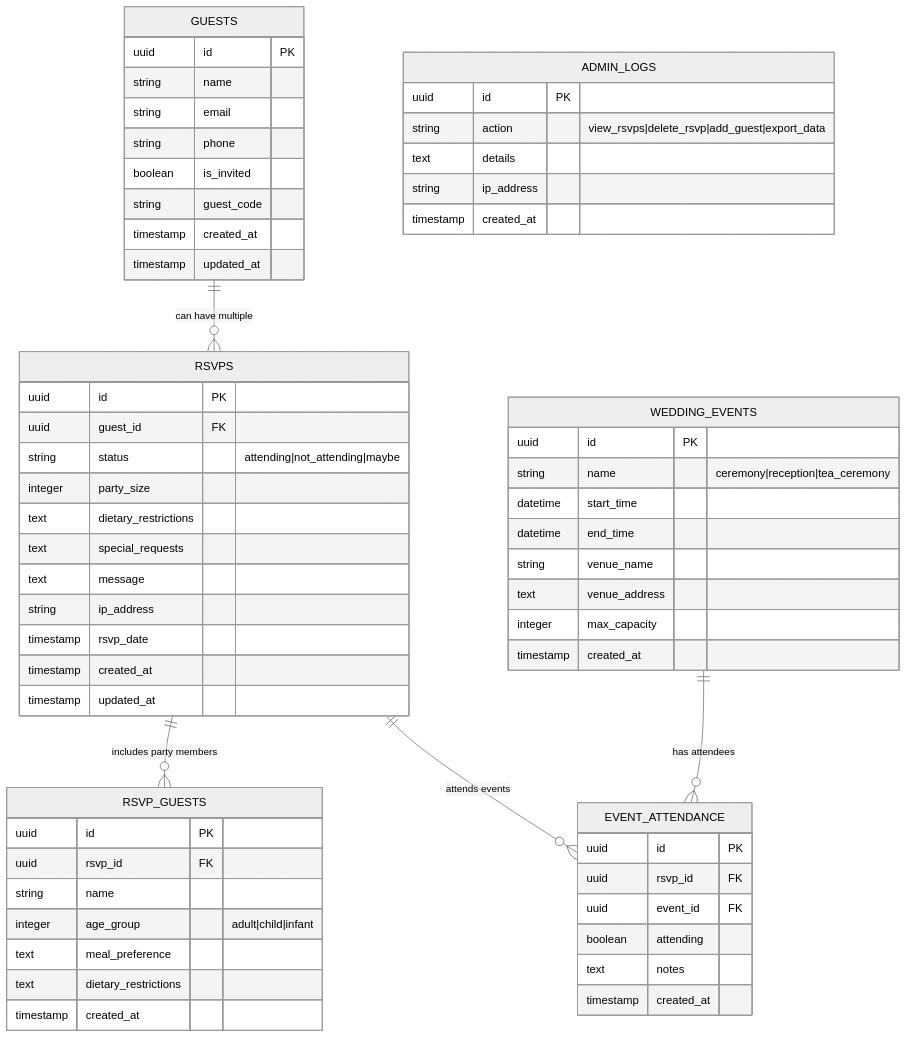
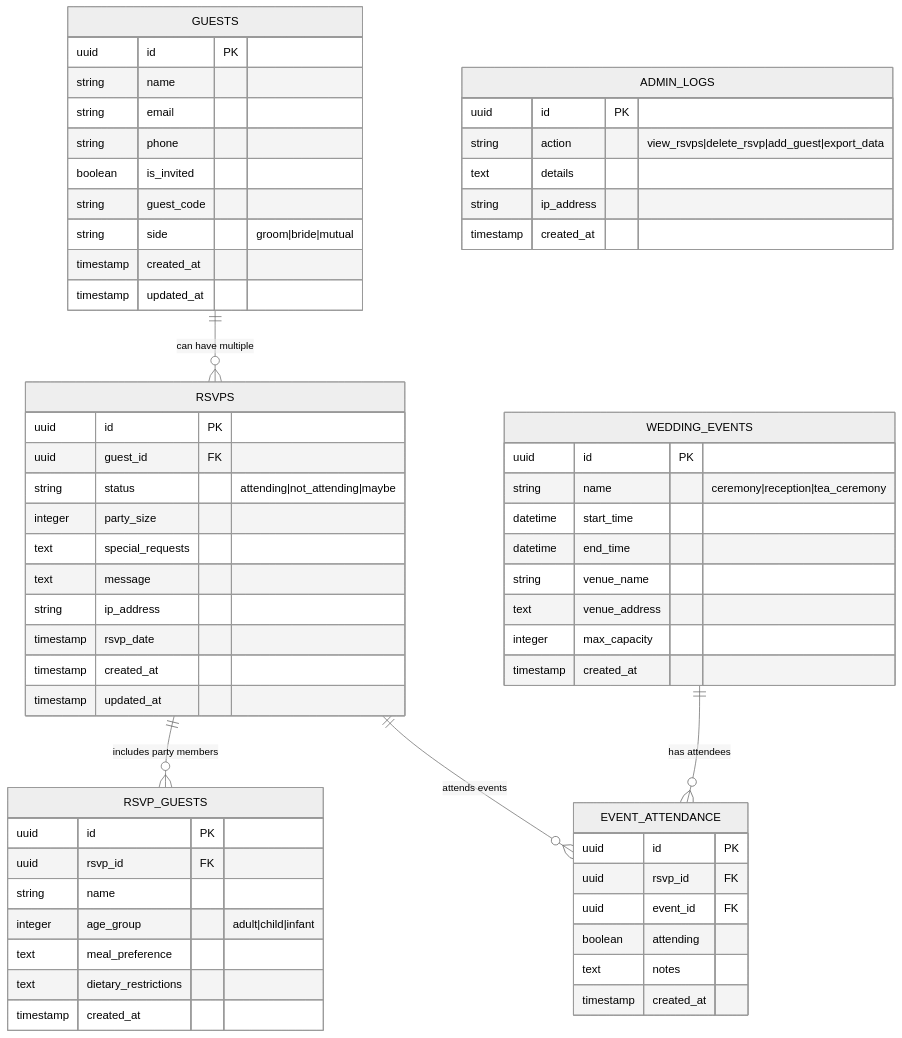
The diagram in DATABASE_SETUP_GUIDE.md (paulminhdai/minh-dai-wedding), drawn with Mermaid (neutral theme) before and after one commit. The commit also changed other lines of this file and 18 other files, not shown here.

````diff
--- a/DATABASE_SETUP_GUIDE.md
+++ b/DATABASE_SETUP_GUIDE.md
@@ -142,70 +149,70 @@
 ```mermaid
 erDiagram
     GUESTS {
         uuid id PK
         string name
         string email
         string phone
         boolean is_invited
         string guest_code
+        string side "groom|bride|mutual"
         timestamp created_at
         timestamp updated_at
     }
     
     RSVPS {
         uuid id PK
         uuid guest_id FK
         string status "attending|not_attending|maybe"
         integer party_size
-        text dietary_restrictions
         text special_requests
         text message
         string ip_address
         timestamp rsvp_date
         timestamp created_at
         timestamp updated_at
     }
     
     RSVP_GUESTS {
         uuid id PK
         uuid rsvp_id FK
         string name
         integer age_group "adult|child|infant"
         text meal_preference
         text dietary_restrictions
         timestamp created_at
     }
     
     WEDDING_EVENTS {
         uuid id PK
         string name "ceremony|reception|tea_ceremony"
         datetime start_time
         datetime end_time
         string venue_name
         text venue_address
         integer max_capacity
         timestamp created_at
     }
     
     EVENT_ATTENDANCE {
         uuid id PK
         uuid rsvp_id FK
         uuid event_id FK
         boolean attending
         text notes
         timestamp created_at
     }
     
     ADMIN_LOGS {
         uuid id PK
         string action "view_rsvps|delete_rsvp|add_guest|export_data"
         text details
         string ip_address
         timestamp created_at
     }
     
     GUESTS ||--o{ RSVPS : "can have multiple"
     RSVPS ||--o{ RSVP_GUESTS : "includes party members"
     RSVPS ||--o{ EVENT_ATTENDANCE : "attends events"
     WEDDING_EVENTS ||--o{ EVENT_ATTENDANCE : "has attendees"
 ```
````
